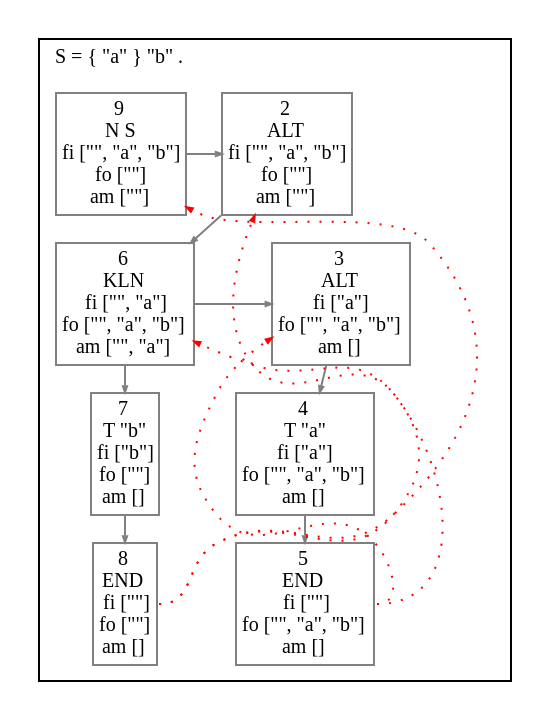
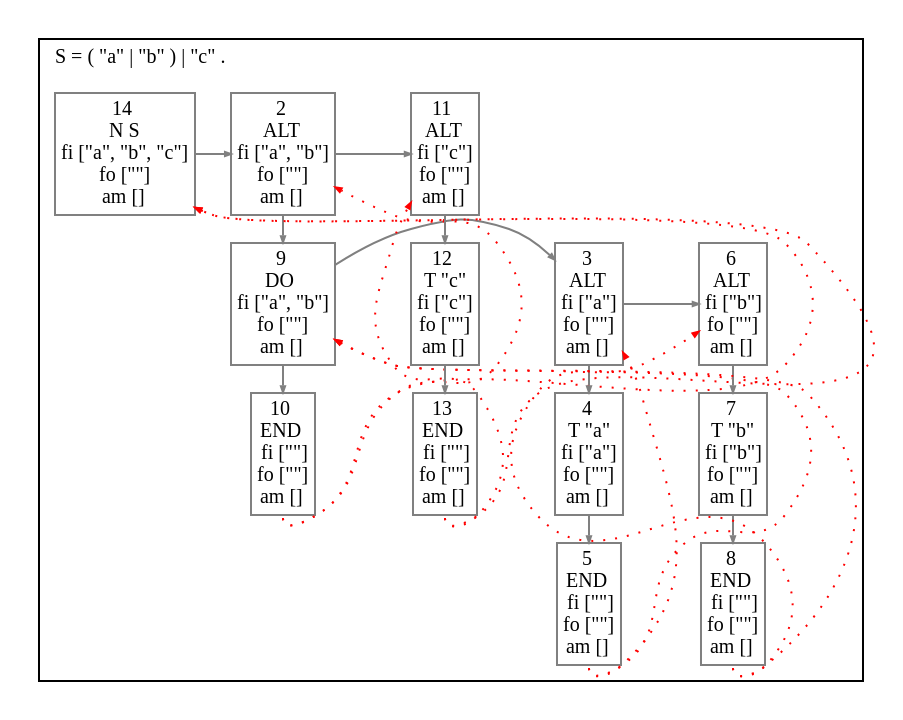
The diagram in ART.gv (JanWillemBrands/AoC2021), drawn with Graphviz before and after one commit. The commit also changed 8 other files, not shown here.

Commit message:
Improved the layout of the syntax graphs from Graphviz

```diff
--- a/ART.gv
+++ b/ART.gv
@@ -1,32 +1,46 @@
 digraph G {
   fontname = Menlo
   fontsize = 10
   node [fontname = Menlo, fontsize = 10, color = gray, height = 0, width = 0, margin= 0.04]
   edge [fontname = Menlo, fontsize = 10, color = gray, arrowsize = 0.3]
   graph [ordering = out, ranksep = 0.2]
   rankdir = "TB"
   subgraph clusterS {
     node [shape = box]
-    label = <S = { "a" } "b" .>
+    label = <S = ( "a" | "b" ) | "c" .>
     labeljust = l
-    9 [label = <9<br/>N S<br/>fi ["", "a", "b"]<br/>fo [""]<br/>am [""]>]
-    9 -> 2 {rank = same; 9; 2;}
-    2 [label = <2<br/>ALT <br/>fi ["", "a", "b"]<br/>fo [""]<br/>am [""]>]
-    2 -> 6 [weight=100]
-    6 [label = <6<br/>KLN <br/>fi ["", "a"]<br/>fo ["", "a", "b"]<br/>am ["", "a"]>]
-    6 -> 3 {rank = same; 6; 3;}
-    3 [label = <3<br/>ALT <br/>fi ["a"]<br/>fo ["", "a", "b"]<br/>am []>]
-    3 -> 4 [weight=100]
-    4 [label = <4<br/>T "a"<br/>fi ["a"]<br/>fo ["", "a", "b"]<br/>am []>]
-    4 -> 5 [weight=100]
-    5 [label = <5<br/>END <br/>fi [""]<br/>fo ["", "a", "b"]<br/>am []>]
-    6 -> 7 [weight=100]
+    14 [label = <14<br/>N S<br/>fi ["a", "b", "c"]<br/>fo [""]<br/>am []>]
+    rank = same {14 -> 2}
+    2 [label = <2<br/>ALT <br/>fi ["a", "b"]<br/>fo [""]<br/>am []>]
+    2 -> 9 [weight=100000000]
+    9 [label = <9<br/>DO <br/>fi ["a", "b"]<br/>fo [""]<br/>am []>]
+    9 -> 10 [weight=100000000]
+    10 [label = <10<br/>END <br/>fi [""]<br/>fo [""]<br/>am []>]
+    rank = same {9 -> 3}
+    3 [label = <3<br/>ALT <br/>fi ["a"]<br/>fo [""]<br/>am []>]
+    3 -> 4 [weight=100000000]
+    4 [label = <4<br/>T "a"<br/>fi ["a"]<br/>fo [""]<br/>am []>]
+    4 -> 5 [weight=100000000]
+    5 [label = <5<br/>END <br/>fi [""]<br/>fo [""]<br/>am []>]
+    rank = same {3 -> 6}
+    6 [label = <6<br/>ALT <br/>fi ["b"]<br/>fo [""]<br/>am []>]
+    6 -> 7 [weight=100000000]
     7 [label = <7<br/>T "b"<br/>fi ["b"]<br/>fo [""]<br/>am []>]
-    7 -> 8 [weight=100]
+    7 -> 8 [weight=100000000]
     8 [label = <8<br/>END <br/>fi [""]<br/>fo [""]<br/>am []>]
+    rank = same {2 -> 11}
+    11 [label = <11<br/>ALT <br/>fi ["c"]<br/>fo [""]<br/>am []>]
+    11 -> 12 [weight=100000000]
+    12 [label = <12<br/>T "c"<br/>fi ["c"]<br/>fo [""]<br/>am []>]
+    12 -> 13 [weight=100000000]
+    13 [label = <13<br/>END <br/>fi [""]<br/>fo [""]<br/>am []>]
   }
-  5:e -> 3 [style = dotted, color = red, constraint = false]
-  5:e -> 6 [style = dotted, color = red, constraint = false]
-  8:e -> 2 [style = dotted, color = red, constraint = false]
-  8:e -> 9 [style = dotted, color = red, constraint = false]
+  10:s -> 14 [style = dotted, color = red, constraint = false]
+  10:s -> 2 [style = dotted, color = red, constraint = false]
+  5:s -> 9 [style = dotted, color = red, constraint = false]
+  5:s -> 3 [style = dotted, color = red, constraint = false]
+  8:s -> 9 [style = dotted, color = red, constraint = false]
+  8:s -> 6 [style = dotted, color = red, constraint = false]
+  13:s -> 14 [style = dotted, color = red, constraint = false]
+  13:s -> 11 [style = dotted, color = red, constraint = false]
 }
```
